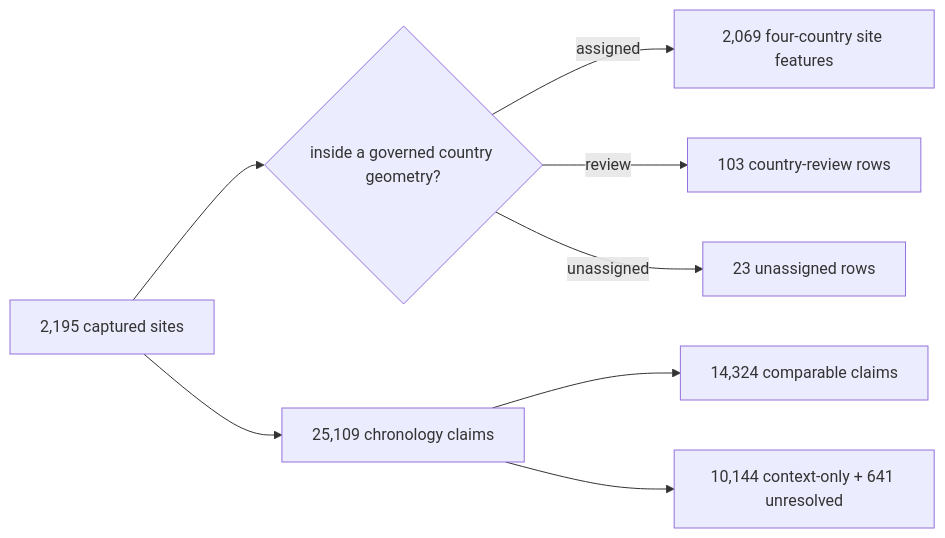
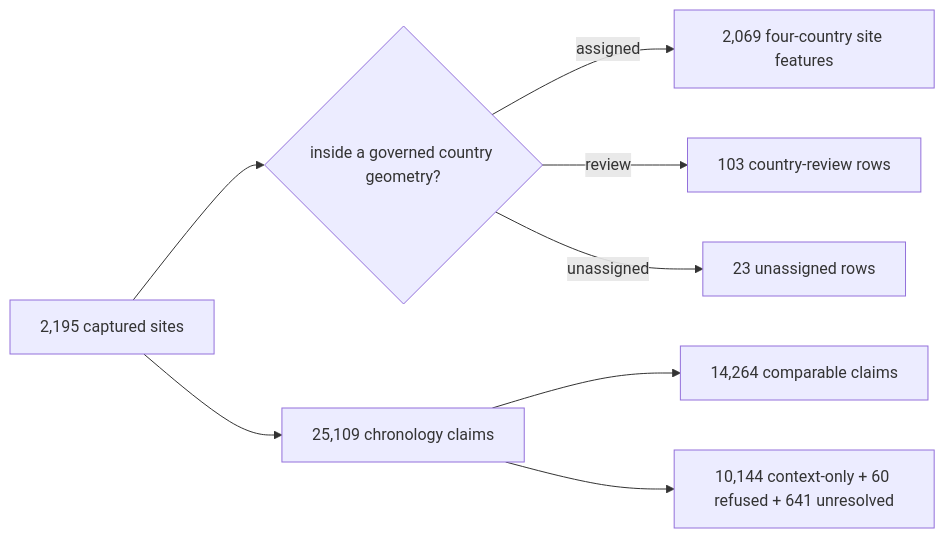
The third of 3 diagrams in docs/public/pollenomics-data/sources/sead.md (bijux/bijux-pollenomics), drawn with Mermaid before and after one commit. The commit also changed other lines of this file and 14 other files, not shown here.

````diff
--- a/docs/public/pollenomics-data/sources/sead.md
+++ b/docs/public/pollenomics-data/sources/sead.md
@@ -171,10 +171,10 @@
 ```mermaid
 flowchart LR
     Capture["2,195 captured sites"] --> Coordinate{"inside a governed country geometry?"}
     Coordinate -->|assigned| Map["2,069 four-country site features"]
     Coordinate -->|review| Review["103 country-review rows"]
     Coordinate -->|unassigned| Retained["23 unassigned rows"]
     Capture --> Chronology["25,109 chronology claims"]
-    Chronology --> Comparable["14,324 comparable claims"]
-    Chronology --> Ineligible["10,144 context-only + 641 unresolved"]
+    Chronology --> Comparable["14,264 comparable claims"]
+    Chronology --> Ineligible["10,144 context-only + 60 refused + 641 unresolved"]
 ```
````
